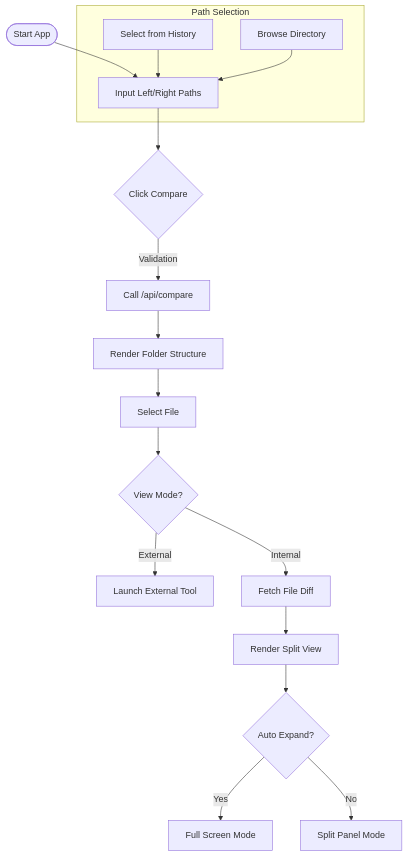
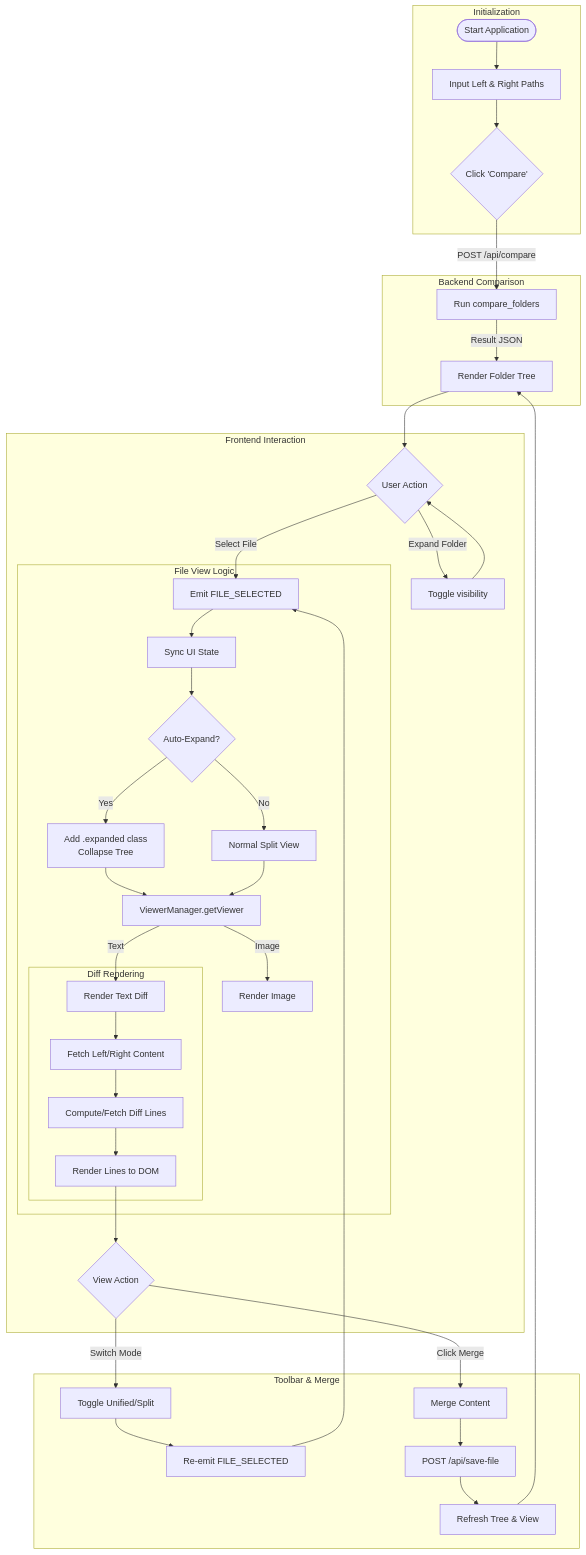
The second of 2 diagrams in docs/project_status.md (juitem/JFolderMerge), drawn with Mermaid before and after one commit. The commit also changed other lines of this file and 12 other files, not shown here.

````diff
--- a/docs/project_status.md
+++ b/docs/project_status.md
@@ -66,27 +96,57 @@
 ```mermaid
 flowchart TD
-    Start([Start App]) --> InputPaths
+    %% Nodes
+    Start([Start Application])
+    InputPaths[Input Left & Right Paths]
+    CompareBtn{Click 'Compare'}
     
-    subgraph Path Selection
-        InputPaths[Input Left/Right Paths]
-        History[Select from History] --> InputPaths
-        Browse[Browse Directory] --> InputPaths
+    subgraph Initialization
+        Start --> InputPaths
+        InputPaths --> CompareBtn
+    end
+
+    subgraph Comparison_Logic [Backend Comparison]
+        CompareBtn -->|POST /api/compare| API_Compare[Run compare_folders]
+        API_Compare -->|Result JSON| RenderTree[Render Folder Tree]
+    end
+
+    subgraph Interaction_Loop [Frontend Interaction]
+        RenderTree --> UserAction{User Action}
+        
+        UserAction -- Expand Folder --> ToggleFolder[Toggle visibility]
+        ToggleFolder --> UserAction
+        
+        UserAction -- Select File --> FileLogic[Emit FILE_SELECTED]
+        
+        subgraph File_Viewing [File View Logic]
+            FileLogic --> UI_Sync[Sync UI State]
+            UI_Sync --> AutoExpand{Auto-Expand?}
+            
+            AutoExpand -- Yes --> DOM_Expand[Add .expanded class\nCollapse Tree]
+            AutoExpand -- No --> DOM_Normal[Normal Split View]
+            
+            DOM_Expand & DOM_Normal --> SelectViewer[ViewerManager.getViewer]
+            
+            SelectViewer -- Image --> ImageViewer[Render Image]
+            SelectViewer -- Text --> DiffViewer[Render Text Diff]
+            
+            subgraph Diff_Process [Diff Rendering]
+                DiffViewer --> FetchContent[Fetch Left/Right Content]
+                FetchContent --> ComputeDiff[Compute/Fetch Diff Lines]
+                ComputeDiff --> RenderHTML[Render Lines to DOM]
+            end
+        end
+        
+        RenderHTML --> ViewAction{View Action}
     end
     
-    InputPaths --> Compare{Click Compare}
-    Compare -->|Validation| API_Call[Call /api/compare]
-    API_Call --> RenderTree[Render Folder Structure]
-    
-    RenderTree --> SelectFile[Select File]
-    
-    SelectFile --> CheckMode{View Mode?}
-    
-    CheckMode -- External --> LaunchExt[Launch External Tool]
-    CheckMode -- Internal --> FetchDiff[Fetch File Diff]
-    
-    FetchDiff --> RenderDiff[Render Split View]
-    
-    RenderDiff --> CheckExpand{Auto Expand?}
-    CheckExpand -- Yes --> FullScreen[Full Screen Mode]
-    CheckExpand -- No --> SplitScreen[Split Panel Mode]
+    subgraph View_Actions [Toolbar & Merge]
+        ViewAction -- Switch Mode --> ViewMode[Toggle Unified/Split]
+        ViewMode --> ReTrigger[Re-emit FILE_SELECTED] --> FileLogic
+        
+        ViewAction -- Click Merge --> MergeLogic[Merge Content]
+        MergeLogic --> API_Save[POST /api/save-file]
+        API_Save --> Refresh[Refresh Tree & View]
+        Refresh --> RenderTree
+    end
 ```
````
